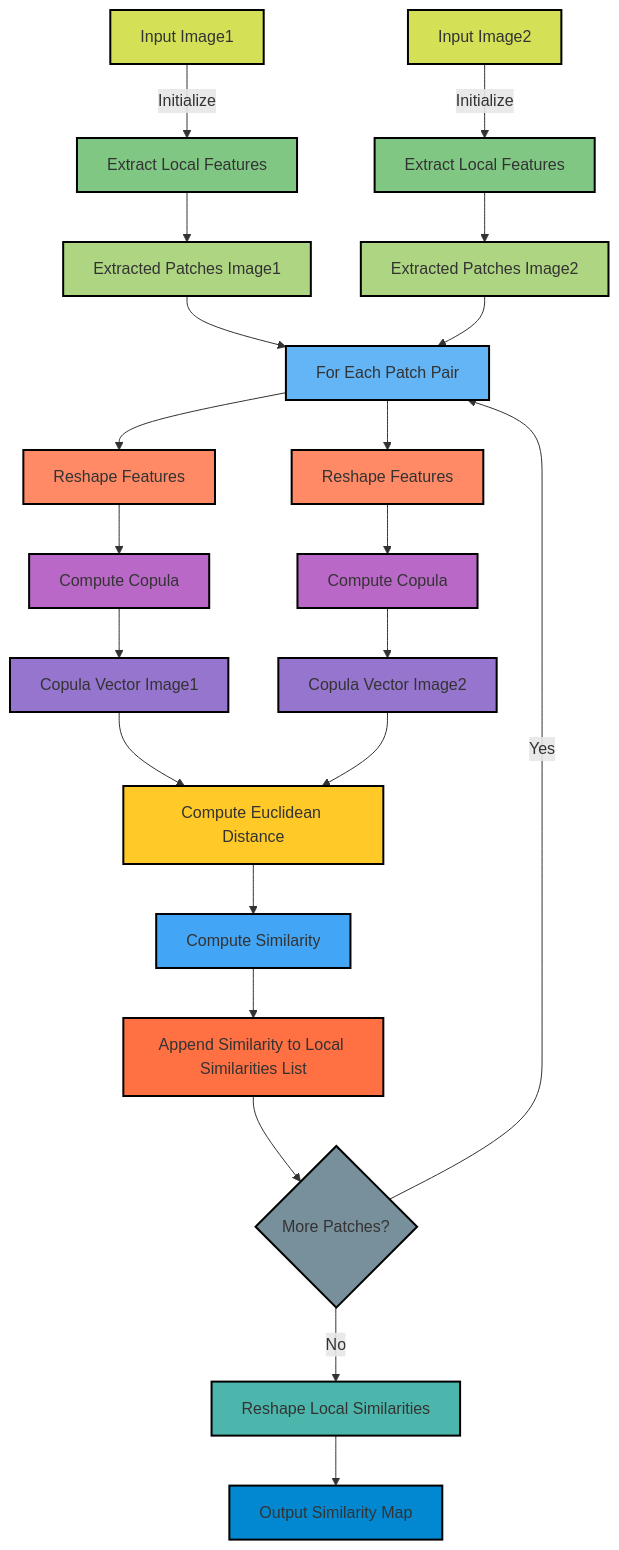
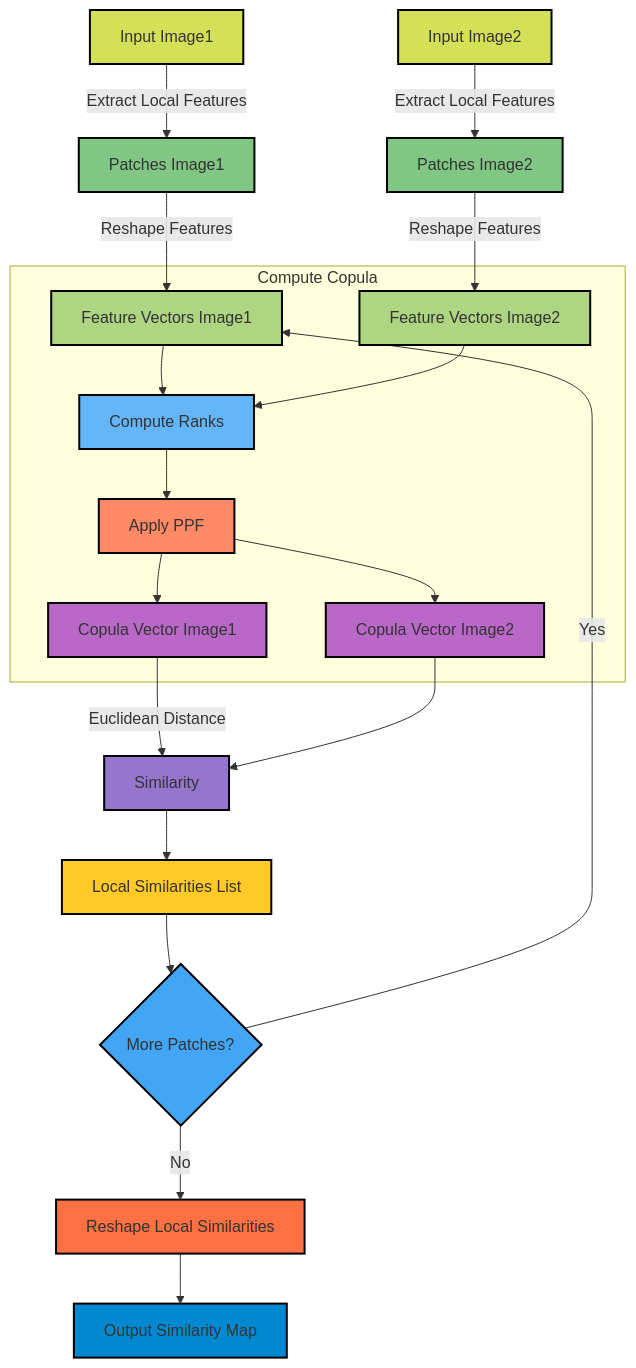
Before and after one commit to safouaneelg/copulasimilarity: the diagram in README.md, drawn with Mermaid. The commit also changed other lines of this file, not shown here.

Commit message:
readme update

````diff
--- a/README.md
+++ b/README.md
@@ -26,53 +26,43 @@
 ```mermaid
 graph TD
-    A[Input Image1] -->|Initialize| B[Extract Local Features]
-    A2[Input Image2] -->|Initialize| B2[Extract Local Features]
+    A[Input Image1] -->|Extract Local Features| B[Patches Image1]
+    A2[Input Image2] -->|Extract Local Features| B2[Patches Image2]
     
-    B --> C[Extracted Patches Image1]
-    B2 --> C2[Extracted Patches Image2]
+    B -->|Reshape Features| C[Feature Vectors Image1]
+    B2 -->|Reshape Features| C2[Feature Vectors Image2]
     
-    C --> D[For Each Patch Pair]
+    subgraph Compute Copula
+    C --> D[Compute Ranks]
     C2 --> D
-
-    D --> E[Reshape Features]
-    D --> E2[Reshape Features]
-
-    E --> F[Compute Copula]
-    E2 --> F2[Compute Copula]
+    D --> E[Apply PPF]
+    E --> F[Copula Vector Image1]
+    E --> F2[Copula Vector Image2]
+    end
     
-    F --> G[Copula Vector Image1]
-    F2 --> G2[Copula Vector Image2]
+    F -->|Euclidean Distance| G[Similarity]
+    F2 --> G
     
-    G --> H[Compute Euclidean Distance]
-    G2 --> H
-
-    H --> I[Compute Similarity]
+    G --> H[Local Similarities List]
     
-    I --> J[Append Similarity to Local Similarities List]
-
-    J --> K{More Patches?}
-    K -->|Yes| D
-    K -->|No| L[Reshape Local Similarities]
+    H --> I{More Patches?}
+    I -->|Yes| C
+    I -->|No| J[Reshape Local Similarities]
     
-    L --> M[Output Similarity Map]
+    J --> K[Output Similarity Map]
 
     style A fill:#D4E157,stroke:#000,stroke-width:2px
     style A2 fill:#D4E157,stroke:#000,stroke-width:2px
     style B fill:#81C784,stroke:#000,stroke-width:2px
     style B2 fill:#81C784,stroke:#000,stroke-width:2px
     style C fill:#AED581,stroke:#000,stroke-width:2px
     style C2 fill:#AED581,stroke:#000,stroke-width:2px
     style D fill:#64B5F6,stroke:#000,stroke-width:2px
     style E fill:#FF8A65,stroke:#000,stroke-width:2px
-    style E2 fill:#FF8A65,stroke:#000,stroke-width:2px
     style F fill:#BA68C8,stroke:#000,stroke-width:2px
     style F2 fill:#BA68C8,stroke:#000,stroke-width:2px
     style G fill:#9575CD,stroke:#000,stroke-width:2px
-    style G2 fill:#9575CD,stroke:#000,stroke-width:2px
     style H fill:#FFCA28,stroke:#000,stroke-width:2px
     style I fill:#42A5F5,stroke:#000,stroke-width:2px
     style J fill:#FF7043,stroke:#000,stroke-width:2px
-    style K fill:#78909C,stroke:#000,stroke-width:2px
-    style L fill:#4DB6AC,stroke:#000,stroke-width:2px
-    style M fill:#0288D1,stroke:#000,stroke-width:2px
+    style K fill:#0288D1,stroke:#000,stroke-width:2px
 ```
````
